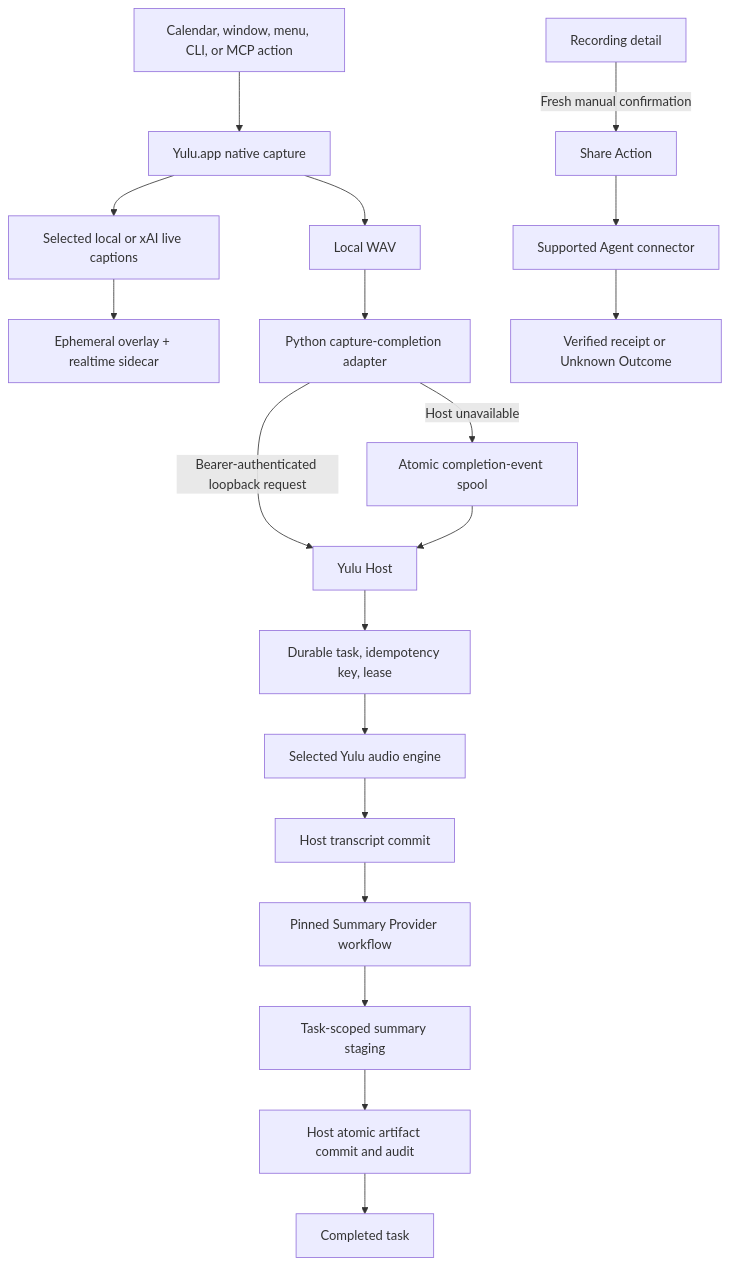
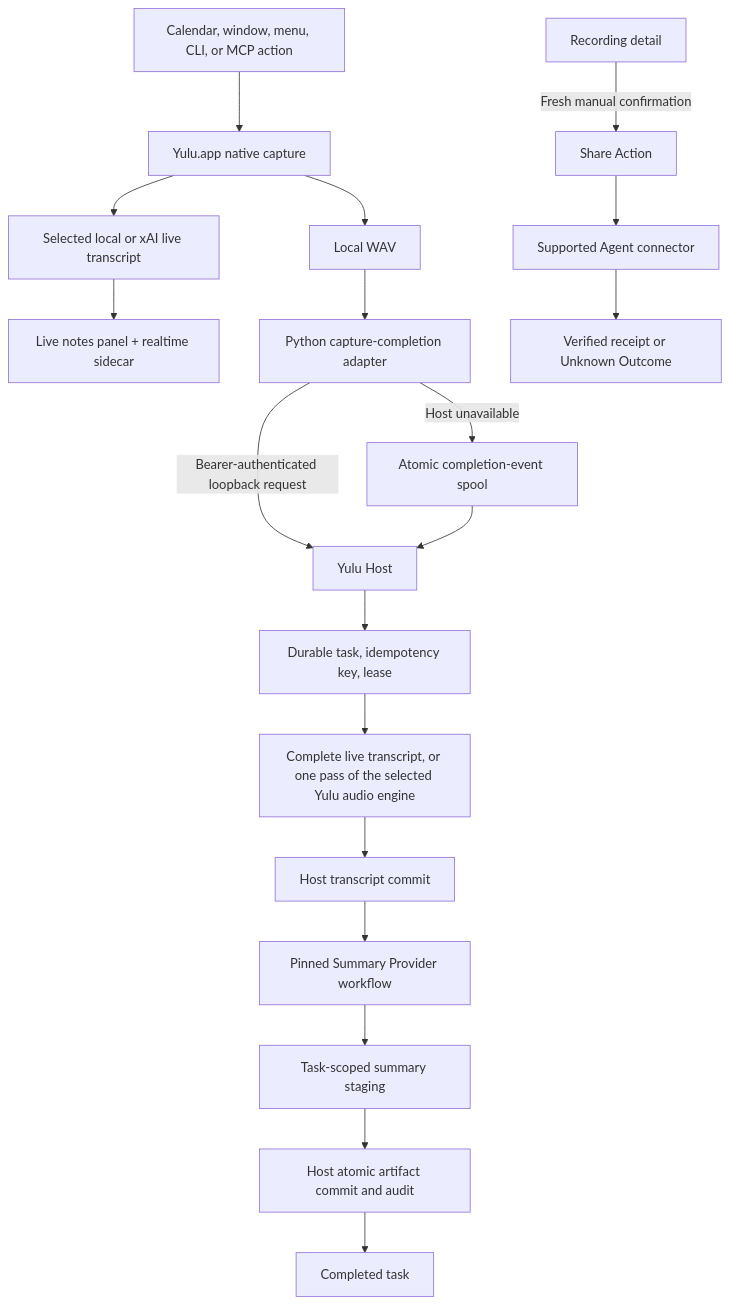
The first of 2 diagrams in docs/ARCHITECTURE.md (Nowhitestar/Yulu), drawn with Mermaid before and after one commit. The commit also changed other lines of this file and 53 other files, not shown here.

First line of the commit message:
feat: live notes panel replaces live captions; retire caption translation (ADR-012) (#268)

````diff
--- a/docs/ARCHITECTURE.md
+++ b/docs/ARCHITECTURE.md
@@ -59,21 +61,21 @@
 ```mermaid
 flowchart TD
     A["Calendar, window, menu, CLI, or MCP action"] --> B["Yulu.app native capture"]
     B --> C["Local WAV"]
-    B --> O["Selected local or xAI live captions"]
-    O --> P["Ephemeral overlay + realtime sidecar"]
+    B --> O["Selected local or xAI live transcript"]
+    O --> P["Live notes panel + realtime sidecar"]
     C --> D["Python capture-completion adapter"]
     D -->|"Bearer-authenticated loopback request"| E["Yulu Host"]
     D -->|"Host unavailable"| F["Atomic completion-event spool"]
     F --> E
     E --> G["Durable task, idempotency key, lease"]
-    G --> H["Selected Yulu audio engine"]
+    G --> H["Complete live transcript, or one pass of the selected Yulu audio engine"]
     H --> Q["Host transcript commit"]
     Q --> I["Pinned Summary Provider workflow"]
     I --> J["Task-scoped summary staging"]
     J --> K["Host atomic artifact commit and audit"]
     K --> N["Completed task"]
     R["Recording detail"] -->|"Fresh manual confirmation"| S["Share Action"]
     S --> T["Supported Agent connector"]
     T --> U["Verified receipt or Unknown Outcome"]
 ```
````
